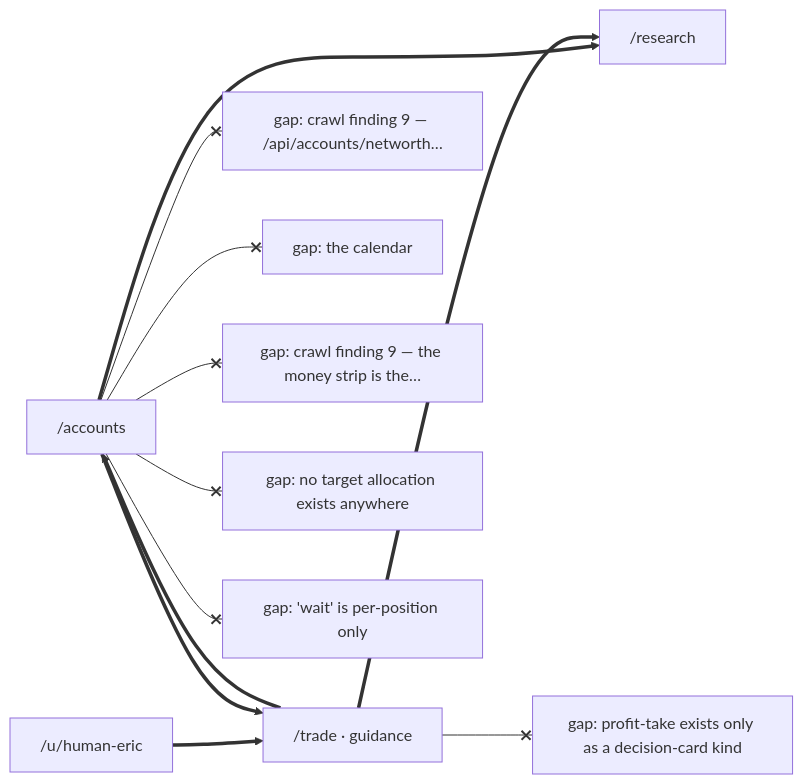
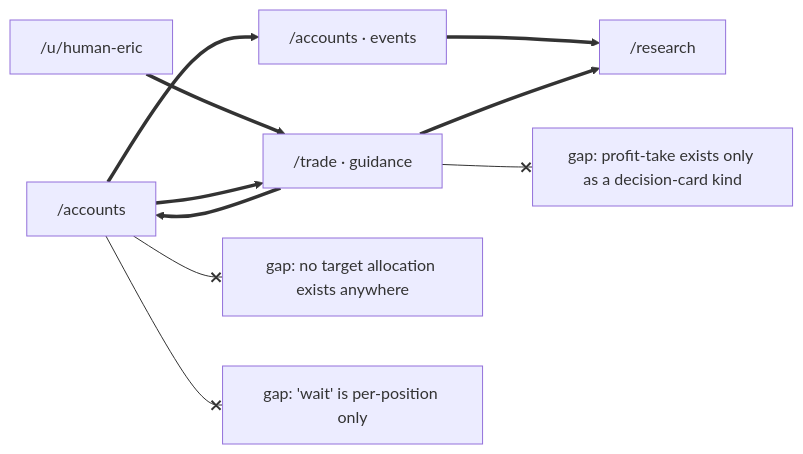
The second of 5 diagrams in docs/members/maps.md (ejclark/skynet-capital), drawn with Mermaid before and after one commit. The commit also changed other lines of this file and 76 other files, not shown here.

````diff
--- a/docs/members/maps.md
+++ b/docs/members/maps.md
@@ -27,18 +24,17 @@
 ```mermaid
 flowchart LR
   r0["/accounts"]
-  r1["/research"]
-  r2["/u/human-eric"]
-  r3["/trade · guidance"]
+  r1["/accounts · events"]
+  r2["/research"]
+  r3["/u/human-eric"]
+  r4["/trade · guidance"]
   r0 ==> r1
-  r2 ==> r3
-  r3 ==> r0
-  r0 ==> r3
-  r3 ==> r1
-  r0 --x d0["gap: crawl finding 9 — /api/accounts/networth…"]
-  r0 --x d1["gap: the calendar"]
-  r3 --x d2["gap: profit-take exists only as a decision-card kind"]
-  r0 --x d3["gap: crawl finding 9 — the money strip is the…"]
-  r0 --x d4["gap: no target allocation exists anywhere"]
-  r0 --x d5["gap: 'wait' is per-position only"]
+  r1 ==> r2
+  r3 ==> r4
+  r4 ==> r0
+  r0 ==> r4
+  r4 ==> r2
+  r4 --x d0["gap: profit-take exists only as a decision-card kind"]
+  r0 --x d1["gap: no target allocation exists anywhere"]
+  r0 --x d2["gap: 'wait' is per-position only"]
 ```
````
